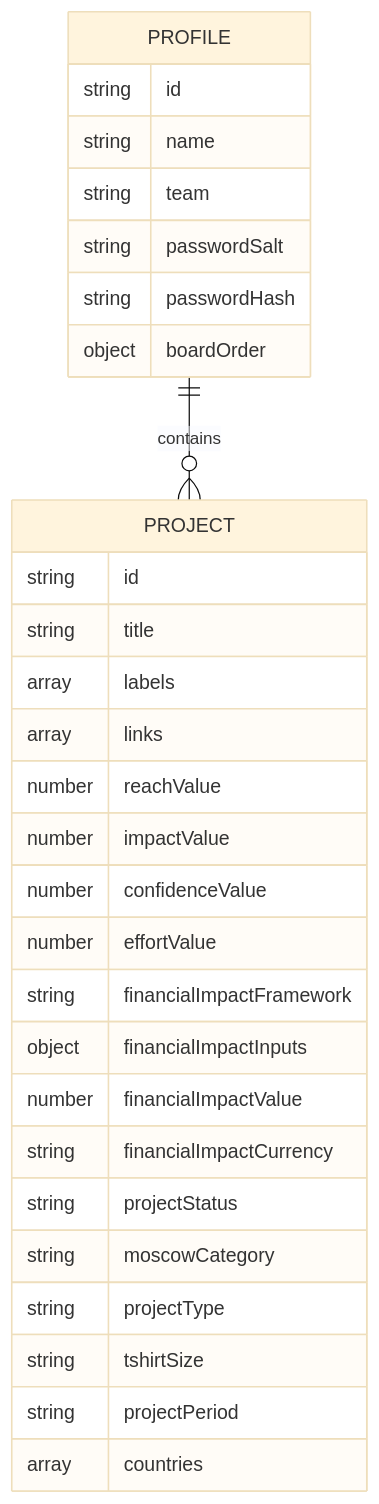
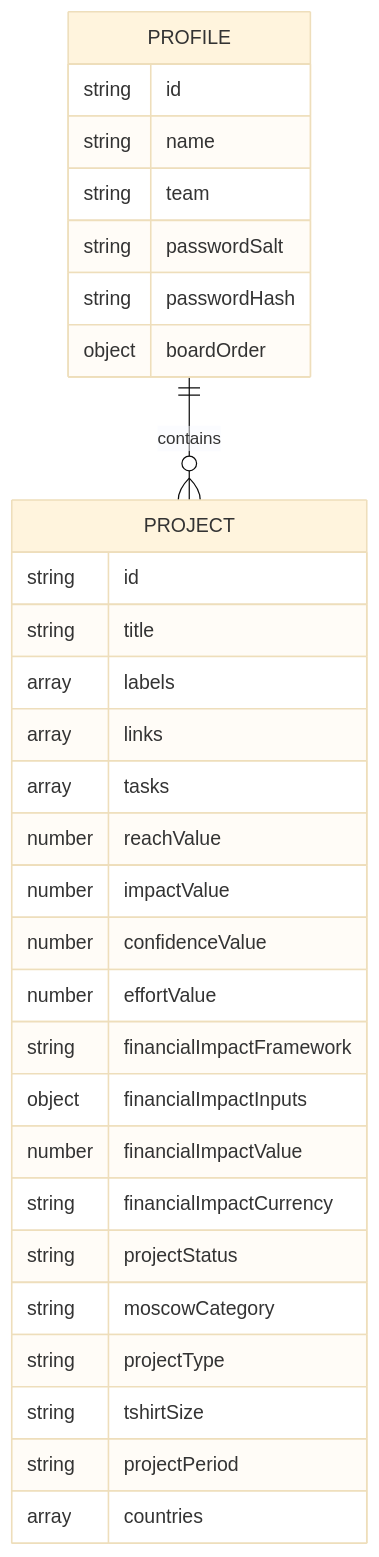
One commit to RifqiMT/pm-prioritization-tool changed the second of 7 diagrams in docs/ARCHITECTURE.md. Above: the diagram before and after it, drawn with Mermaid (base theme). The commit also changed other lines of this file and 16 other files, not shown here.

````diff
--- a/docs/ARCHITECTURE.md
+++ b/docs/ARCHITECTURE.md
@@ -59,32 +65,33 @@
 ```mermaid
 erDiagram
   PROFILE ||--o{ PROJECT : contains
   PROFILE {
     string id
     string name
     string team
     string passwordSalt
     string passwordHash
     object boardOrder
   }
   PROJECT {
     string id
     string title
     array labels
     array links
+    array tasks
     number reachValue
     number impactValue
     number confidenceValue
     number effortValue
     string financialImpactFramework
     object financialImpactInputs
     number financialImpactValue
     string financialImpactCurrency
     string projectStatus
     string moscowCategory
     string projectType
     string tshirtSize
     string projectPeriod
     array countries
   }
 ```
````
